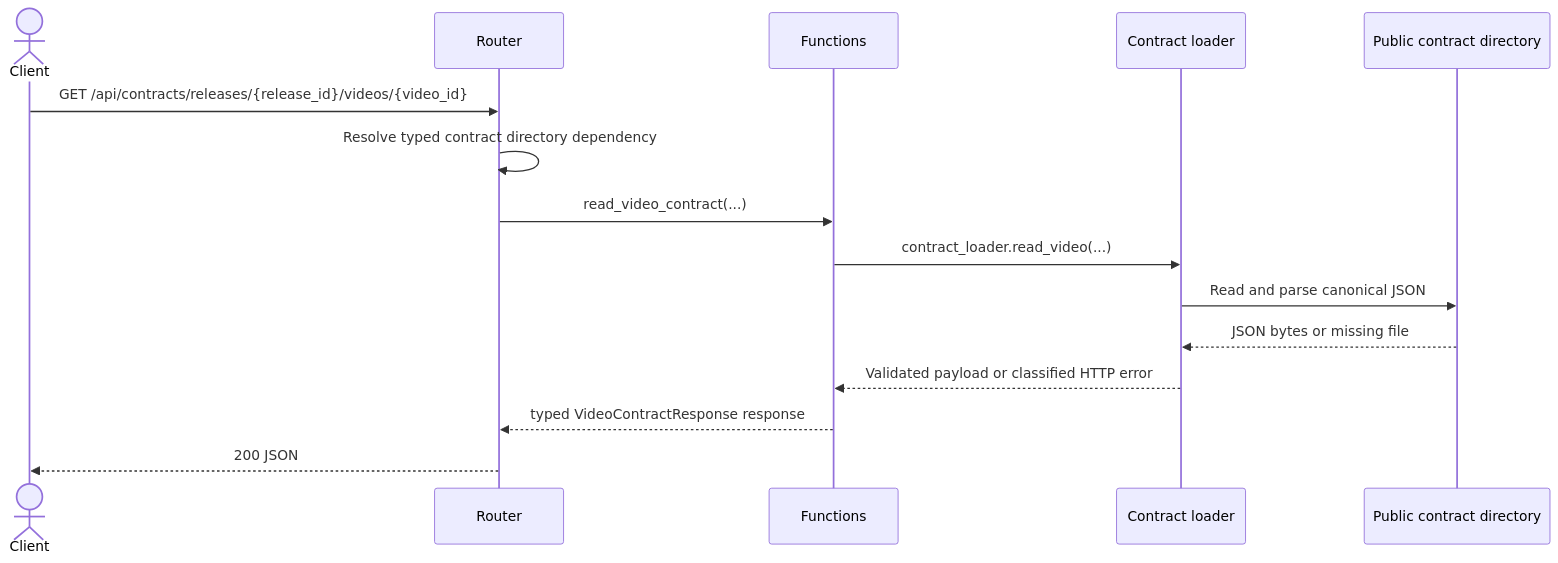
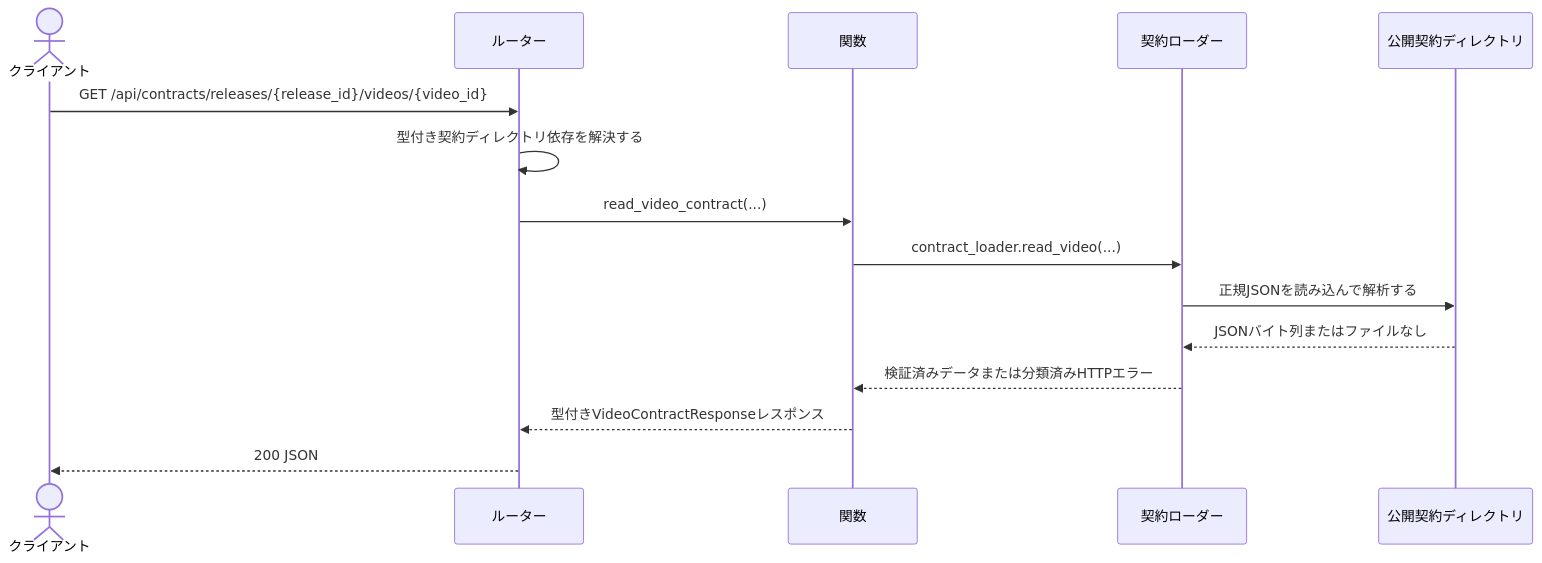
The diagram in backend/docs/api/operations/getReleaseVideoContract/sequence.gen.md (tsuji-tomonori/diopside-v7), drawn with Mermaid before and after one commit. The commit also changed other lines of this file and 142 other files, not shown here.

````diff
--- a/backend/docs/api/operations/getReleaseVideoContract/sequence.gen.md
+++ b/backend/docs/api/operations/getReleaseVideoContract/sequence.gen.md
@@ -3,17 +3,17 @@
 ```mermaid
 sequenceDiagram
-    actor Client
-    participant Router
-    participant Functions
-    participant Loader as Contract loader
-    participant Storage as Public contract directory
+    actor Client as クライアント
+    participant Router as ルーター
+    participant Functions as 関数
+    participant Loader as 契約ローダー
+    participant Storage as 公開契約ディレクトリ
     Client->>Router: GET /api/contracts/releases/{release_id}/videos/{video_id}
-    Router->>Router: Resolve typed contract directory dependency
+    Router->>Router: 型付き契約ディレクトリ依存を解決する
     Router->>Functions: read_video_contract(...) 
     Functions->>Loader: contract_loader.read_video(...) 
-    Loader->>Storage: Read and parse canonical JSON
-    Storage-->>Loader: JSON bytes or missing file
-    Loader-->>Functions: Validated payload or classified HTTP error
-    Functions-->>Router: typed VideoContractResponse response
+    Loader->>Storage: 正規JSONを読み込んで解析する
+    Storage-->>Loader: JSONバイト列またはファイルなし
+    Loader-->>Functions: 検証済みデータまたは分類済みHTTPエラー
+    Functions-->>Router: 型付きVideoContractResponseレスポンス
     Router-->>Client: 200 JSON
 ```
````
